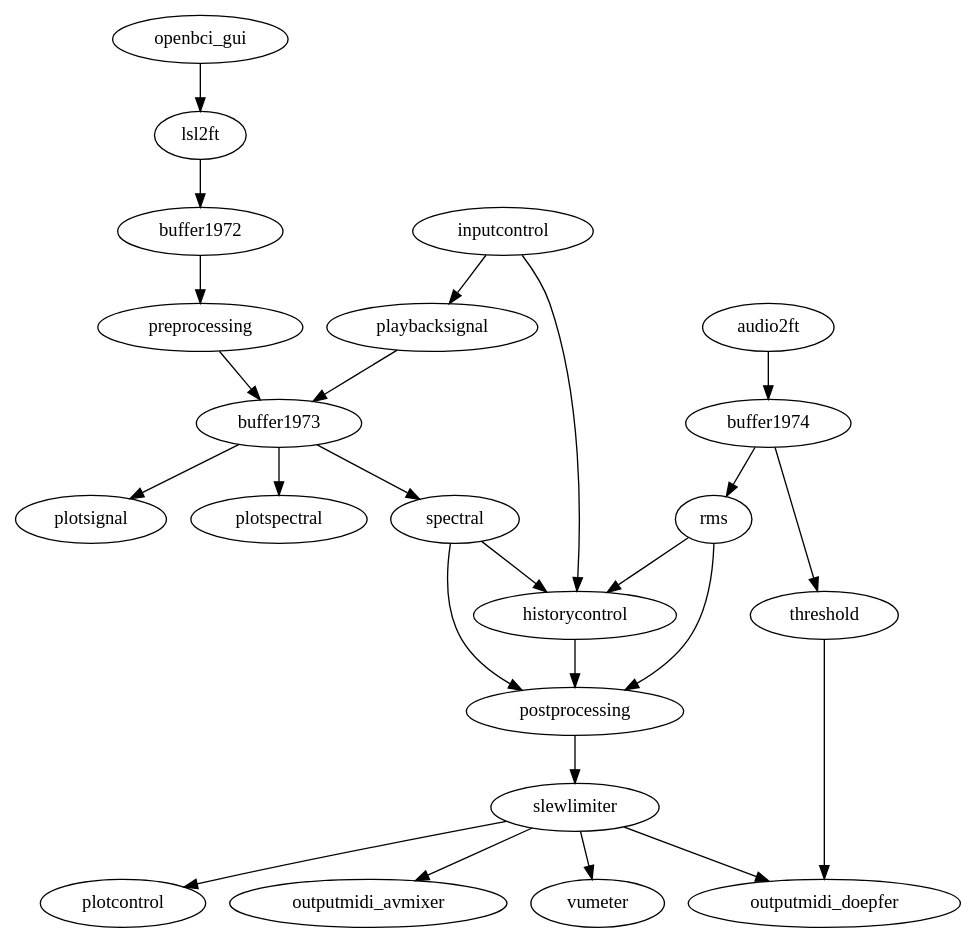
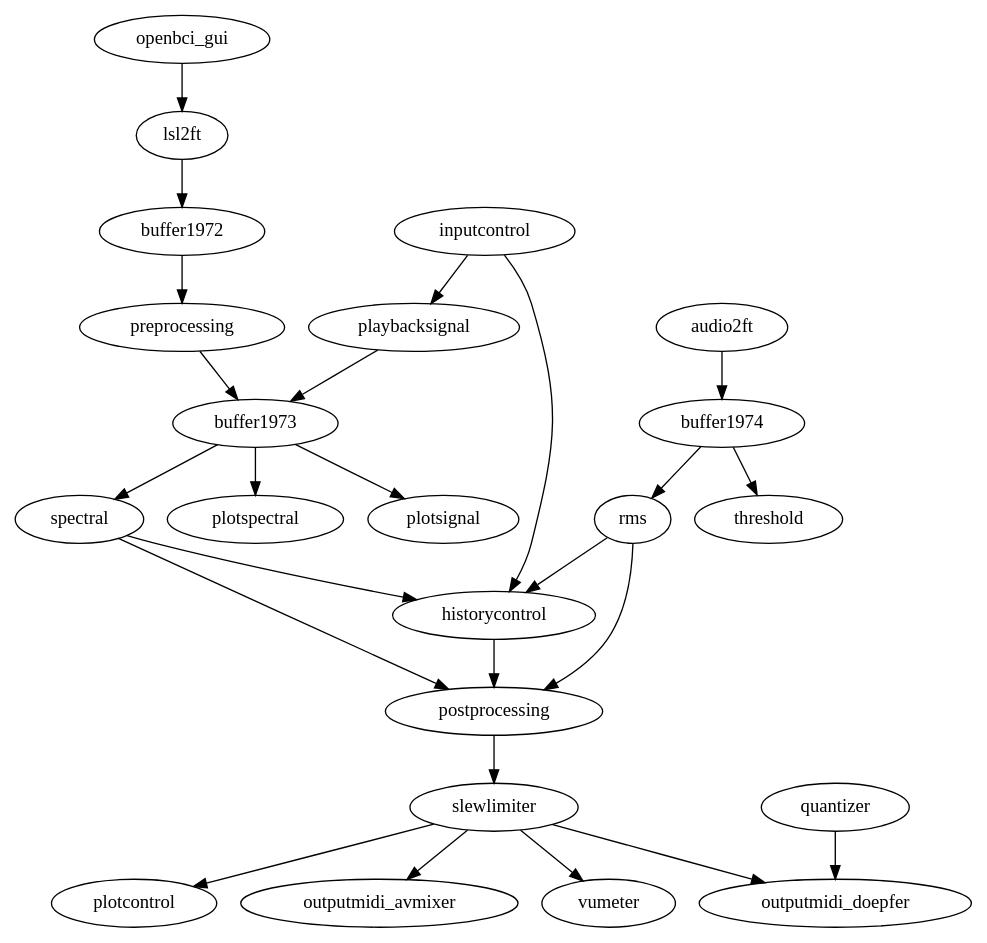
Before and after one commit to eegsynth/eegsynth: the diagram in patches/andouillette/patch.dot, drawn with Graphviz. The commit also changed 5 other files, not shown here.

```diff
--- a/patches/andouillette/patch.dot
+++ b/patches/andouillette/patch.dot
@@ -1,33 +1,33 @@
 # To convert this into a bitmap representation, do this
 #   dot -Tpng -o patch.png patch.dot
 #
 digraph {
   openbci_gui -> lsl2ft -> buffer1972 -> preprocessing -> buffer1973;
   playbacksignal -> buffer1973;
 
   inputcontrol -> historycontrol;
   inputcontrol -> playbacksignal;
 #  inputcontrol -> slewlimiter;
 
   buffer1973 -> plotsignal;
   buffer1973 -> plotspectral;
   buffer1973 -> spectral;
 
   audio2ft -> buffer1974;
   buffer1974 -> threshold;
   buffer1974 -> rms;
 
   spectral -> postprocessing;
   spectral -> historycontrol;
 
   rms -> postprocessing;
   rms -> historycontrol;
 
   historycontrol -> postprocessing -> slewlimiter;
 
   slewlimiter -> vumeter;
   slewlimiter -> plotcontrol;
   slewlimiter -> outputmidi_avmixer;
   slewlimiter -> outputmidi_doepfer;
-  threshold -> outputmidi_doepfer;
+  quantizer -> outputmidi_doepfer;
 }
```
